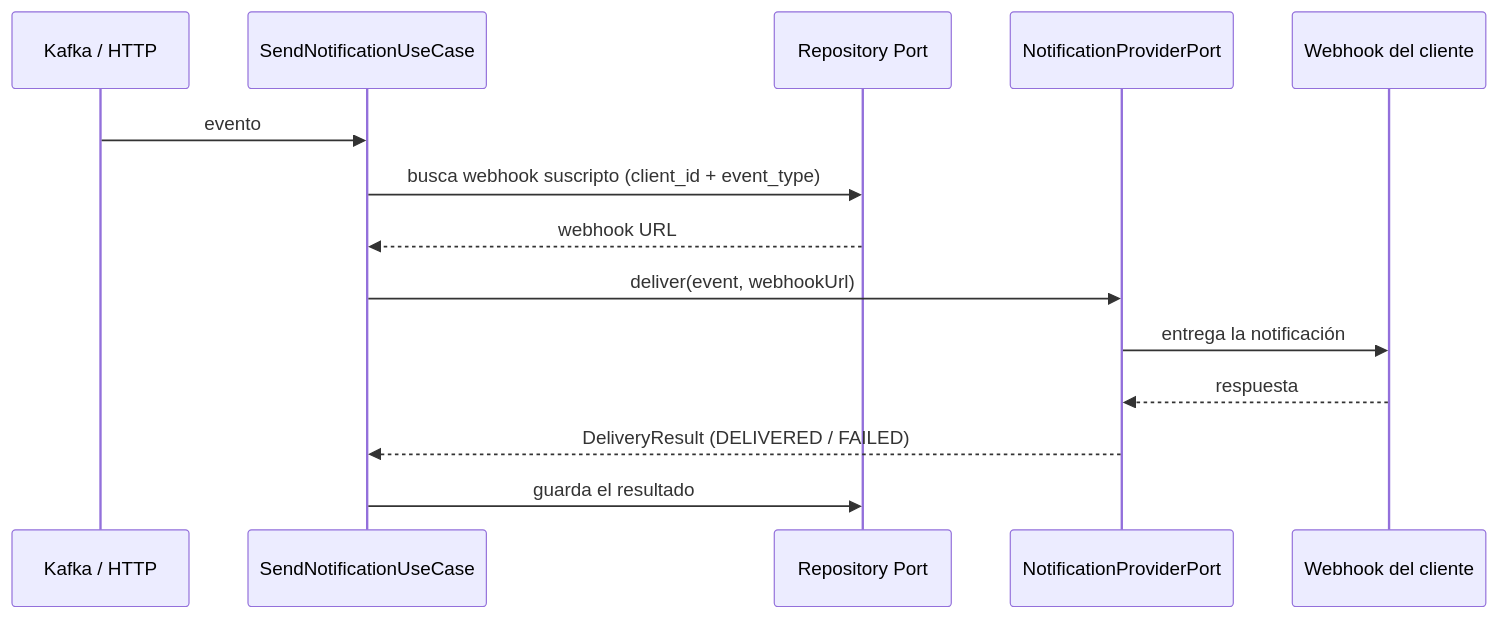
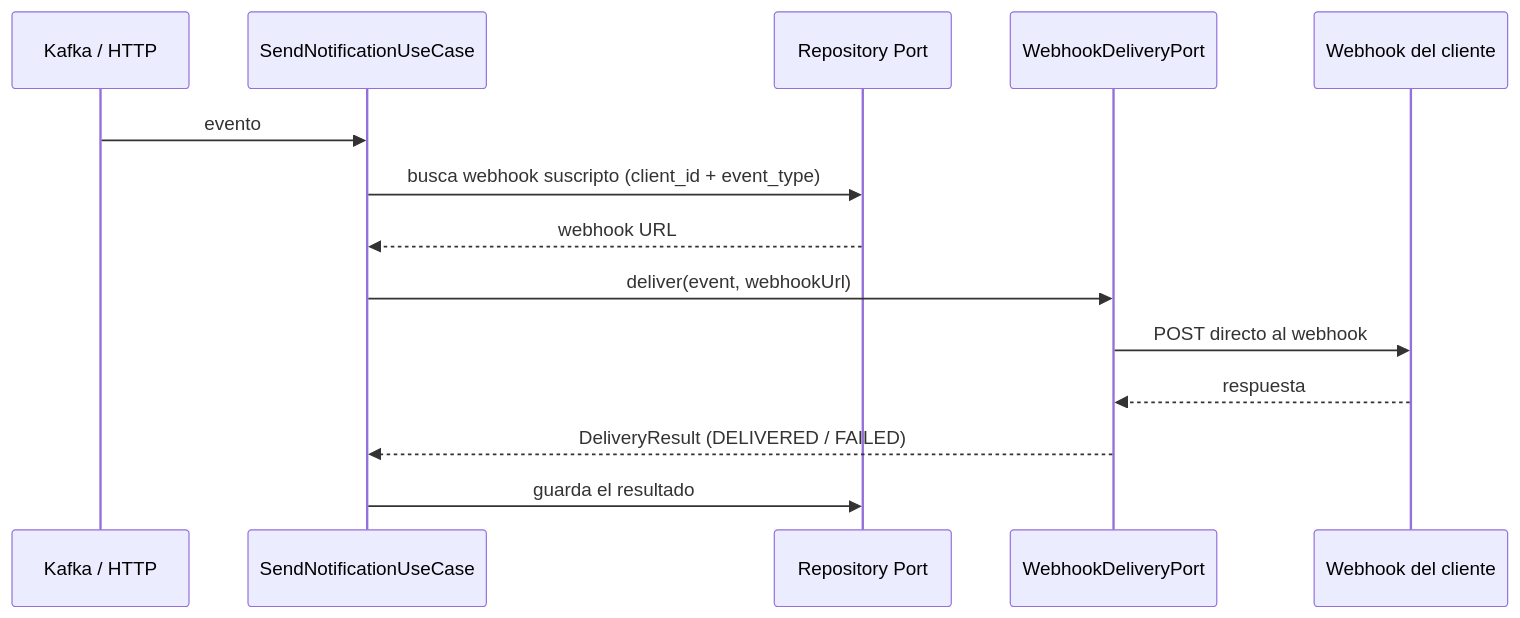
One commit to mlpaz/cobre-challenge changed the second of 2 diagrams in README.md. Above: the diagram before and after it, drawn with Mermaid. The commit also changed other lines of this file and 58 other files, not shown here.

````diff
--- a/README.md
+++ b/README.md
@@ -57,17 +55,17 @@
 ```mermaid
 sequenceDiagram
     participant Origen as Kafka / HTTP
     participant UseCase as SendNotificationUseCase
     participant Repo as Repository Port
-    participant Provider as NotificationProviderPort
+    participant Delivery as WebhookDeliveryPort
     participant Webhook as Webhook del cliente
 
     Origen->>UseCase: evento
     UseCase->>Repo: busca webhook suscripto (client_id + event_type)
     Repo-->>UseCase: webhook URL
-    UseCase->>Provider: deliver(event, webhookUrl)
-    Provider->>Webhook: entrega la notificación
-    Webhook-->>Provider: respuesta
-    Provider-->>UseCase: DeliveryResult (DELIVERED / FAILED)
+    UseCase->>Delivery: deliver(event, webhookUrl)
+    Delivery->>Webhook: POST directo al webhook
+    Webhook-->>Delivery: respuesta
+    Delivery-->>UseCase: DeliveryResult (DELIVERED / FAILED)
     UseCase->>Repo: guarda el resultado
 ```
````
